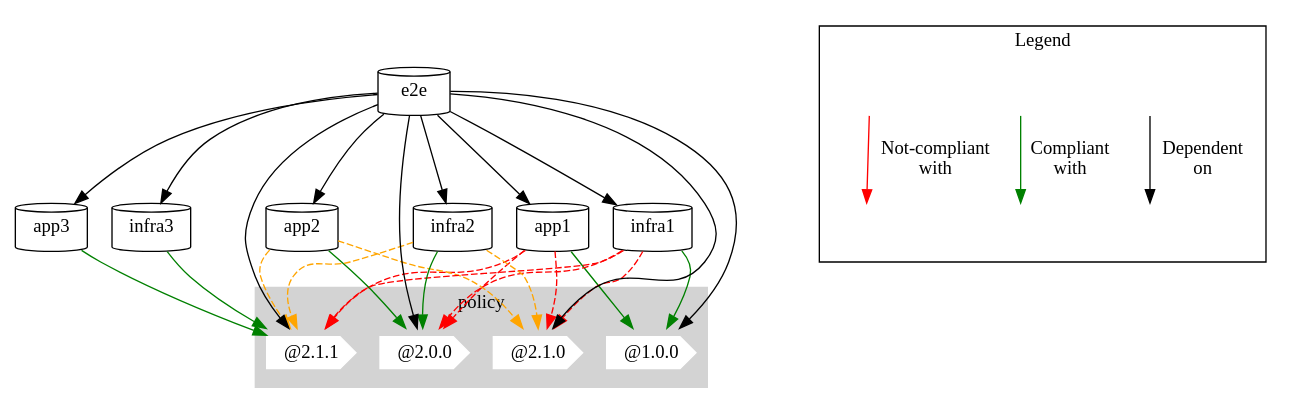
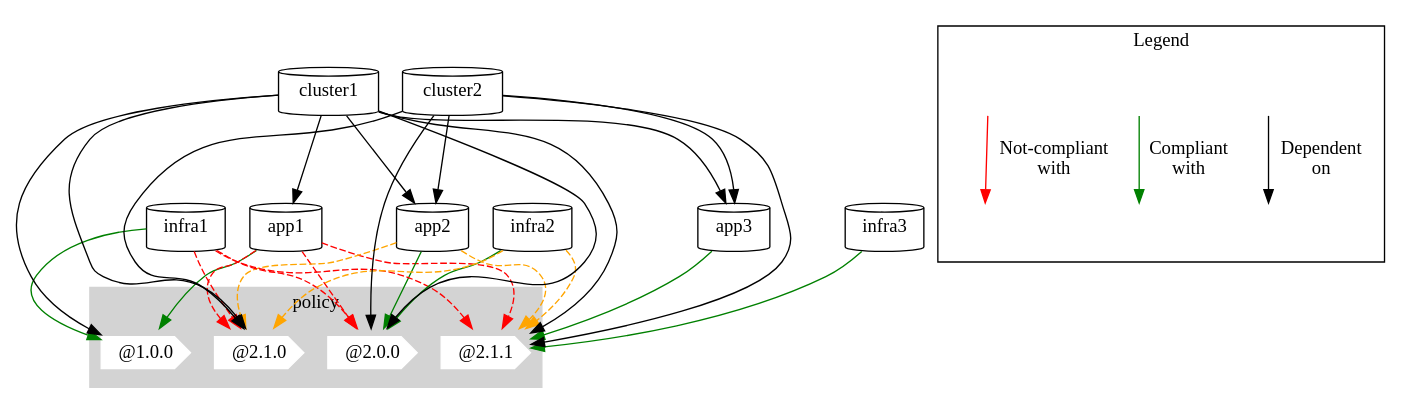
Before and after one commit to policy-as-versioned-code/.github: the diagram in repos.dot, drawn with Graphviz.

Commit message:
e2e repo is now a cluster1

```diff
--- a/repos.dot
+++ b/repos.dot
@@ -1,45 +1,46 @@
 digraph G {
 
   subgraph cluster_0 {
     style=filled;
     color=lightgrey;
     node [style=filled,color=white,shape=cds];
     
     policy100 [label="@1.0.0"]
     policy200 [label="@2.0.0"]
     policy210 [label="@2.1.0"]
     policy211 [label="@2.1.1"]
 
     label = "policy";
   }
   
   node [shape=cylinder]
   app1, app2, app3, 
   infra1, infra2, infra3
-  e2e
+  cluster1, cluster2
 
   app1,infra1 -> policy100 [color=green]
   app1,infra1 -> policy200,policy210,policy211 [color=red,style=dashed]
 
   app2,infra2 -> policy200 [color=green]
   app2,infra2 -> policy210,policy211 [color=orange,style=dashed]
 
   app3,infra3 -> policy211 [color=green]
 
-  e2e -> policy100,policy200,policy210,policy211,app1,app2,app3,infra1,infra2,infra3
+  cluster1 -> policy100,policy200,policy210,policy211,app1,app2,app3
+  cluster2 -> policy200,policy210,policy211,app2,app3
 
   subgraph cluster_01 { 
     node [shape=plaintext, style=invisible]
     rankdir=LR;
     label = "Legend"
 
     start1,start2,start3
     end1,end2,end3
 
     start1 -> end1 [label="Dependent\non"]
     start2 -> end2 [label="Compliant\nwith", color=green]
     start3 -> end3 [label="Not-compliant\nwith", color=red]
     
   }
 
 }
```
